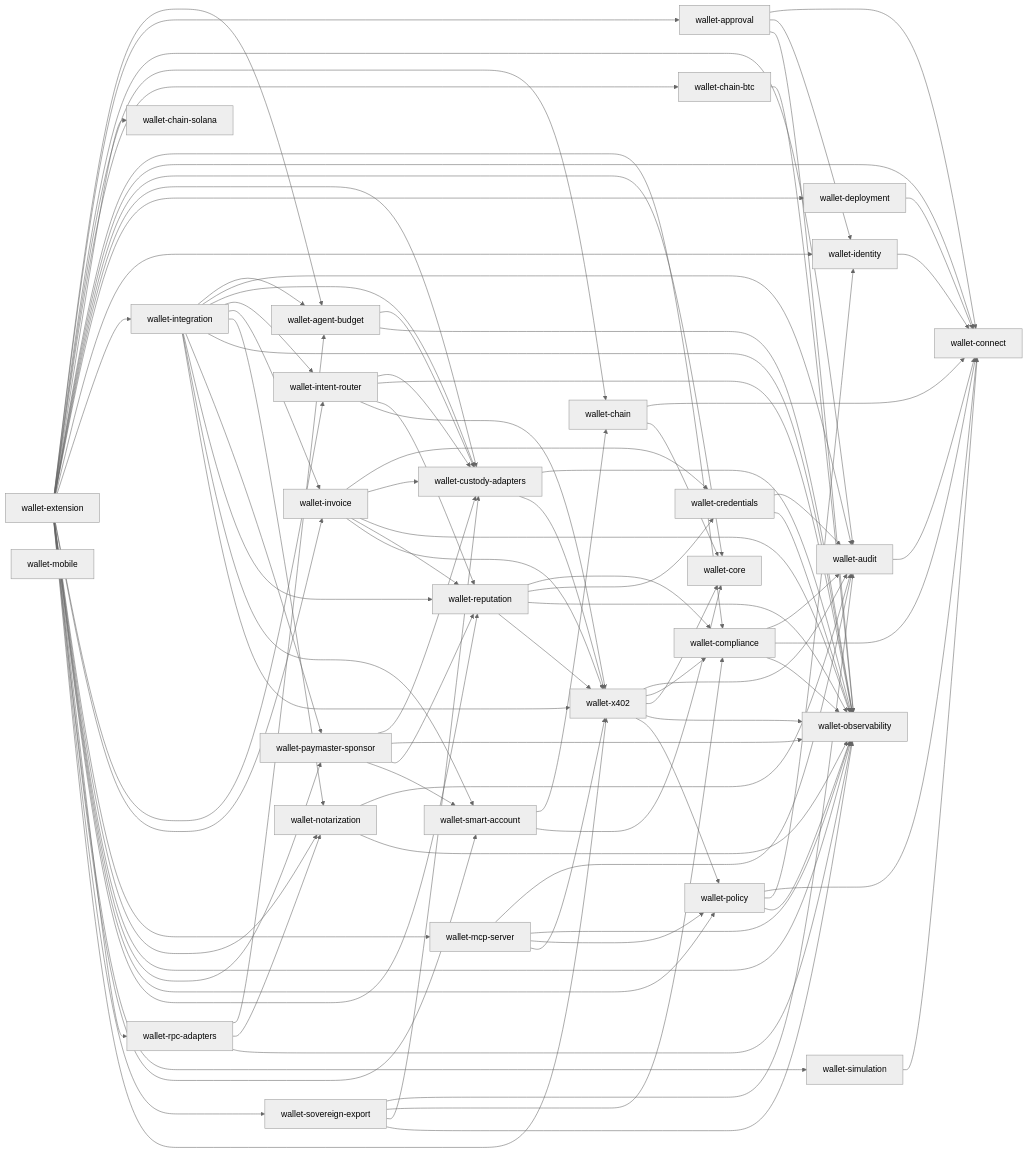
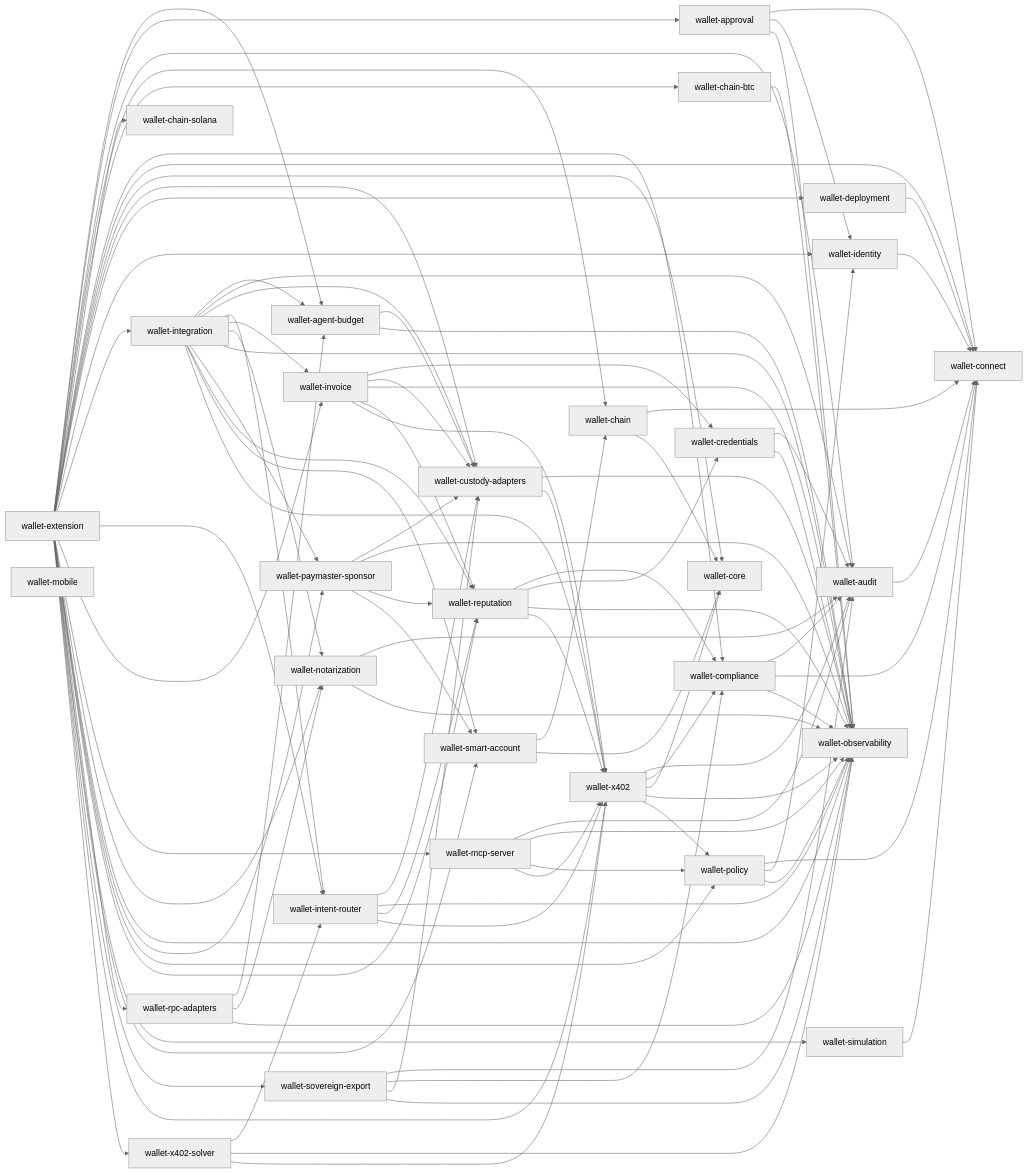
The diagram in reports/workspace-deps.mmd (aethelred-foundation/wallet), drawn with Mermaid (neutral theme) before and after one commit. The commit also changed 11 other files, not shown here.

First line of the commit message:
feat(x402-solver): concrete intent-router solver backed by x402Fetch (#72)

```diff
--- a/reports/workspace-deps.mmd
+++ b/reports/workspace-deps.mmd
@@ -1,102 +1,106 @@
 flowchart LR
   wallet-agent-budget --> wallet-custody-adapters
   wallet-agent-budget --> wallet-observability
   wallet-approval --> wallet-connect
   wallet-approval --> wallet-identity
   wallet-approval --> wallet-observability
   wallet-audit --> wallet-connect
   wallet-chain --> wallet-connect
   wallet-chain --> wallet-core
   wallet-chain-btc --> wallet-observability
   wallet-chain-solana
   wallet-compliance --> wallet-audit
   wallet-compliance --> wallet-connect
   wallet-compliance --> wallet-observability
   wallet-connect
   wallet-core
   wallet-credentials --> wallet-audit
   wallet-credentials --> wallet-observability
   wallet-custody-adapters --> wallet-observability
   wallet-custody-adapters --> wallet-x402
   wallet-deployment --> wallet-connect
   wallet-extension --> wallet-agent-budget
   wallet-extension --> wallet-approval
   wallet-extension --> wallet-audit
   wallet-extension --> wallet-chain
   wallet-extension --> wallet-chain-btc
   wallet-extension --> wallet-chain-solana
   wallet-extension --> wallet-compliance
   wallet-extension --> wallet-connect
   wallet-extension --> wallet-core
   wallet-extension --> wallet-custody-adapters
   wallet-extension --> wallet-deployment
   wallet-extension --> wallet-identity
   wallet-extension --> wallet-integration
   wallet-extension --> wallet-intent-router
   wallet-extension --> wallet-invoice
   wallet-extension --> wallet-mcp-server
   wallet-extension --> wallet-notarization
   wallet-extension --> wallet-observability
   wallet-extension --> wallet-paymaster-sponsor
   wallet-extension --> wallet-policy
   wallet-extension --> wallet-reputation
   wallet-extension --> wallet-rpc-adapters
   wallet-extension --> wallet-simulation
   wallet-extension --> wallet-smart-account
   wallet-extension --> wallet-sovereign-export
   wallet-extension --> wallet-x402
+  wallet-extension --> wallet-x402-solver
   wallet-identity --> wallet-connect
   wallet-integration --> wallet-agent-budget
   wallet-integration --> wallet-audit
   wallet-integration --> wallet-custody-adapters
   wallet-integration --> wallet-intent-router
   wallet-integration --> wallet-invoice
   wallet-integration --> wallet-notarization
   wallet-integration --> wallet-observability
   wallet-integration --> wallet-paymaster-sponsor
   wallet-integration --> wallet-reputation
   wallet-integration --> wallet-smart-account
   wallet-integration --> wallet-x402
   wallet-intent-router --> wallet-custody-adapters
   wallet-intent-router --> wallet-observability
   wallet-intent-router --> wallet-reputation
   wallet-intent-router --> wallet-x402
   wallet-invoice --> wallet-credentials
   wallet-invoice --> wallet-custody-adapters
   wallet-invoice --> wallet-observability
   wallet-invoice --> wallet-reputation
   wallet-invoice --> wallet-x402
   wallet-mcp-server --> wallet-audit
   wallet-mcp-server --> wallet-observability
   wallet-mcp-server --> wallet-policy
   wallet-mcp-server --> wallet-x402
   wallet-mobile
   wallet-notarization --> wallet-audit
   wallet-notarization --> wallet-observability
   wallet-observability
   wallet-paymaster-sponsor --> wallet-custody-adapters
   wallet-paymaster-sponsor --> wallet-observability
   wallet-paymaster-sponsor --> wallet-reputation
   wallet-paymaster-sponsor --> wallet-smart-account
   wallet-policy --> wallet-connect
   wallet-policy --> wallet-identity
   wallet-policy --> wallet-observability
   wallet-reputation --> wallet-compliance
   wallet-reputation --> wallet-credentials
   wallet-reputation --> wallet-observability
   wallet-reputation --> wallet-x402
   wallet-rpc-adapters --> wallet-agent-budget
   wallet-rpc-adapters --> wallet-notarization
   wallet-rpc-adapters --> wallet-observability
   wallet-simulation --> wallet-connect
   wallet-smart-account --> wallet-chain
   wallet-smart-account --> wallet-core
   wallet-sovereign-export --> wallet-audit
   wallet-sovereign-export --> wallet-compliance
   wallet-sovereign-export --> wallet-custody-adapters
   wallet-sovereign-export --> wallet-observability
   wallet-x402 --> wallet-audit
   wallet-x402 --> wallet-compliance
   wallet-x402 --> wallet-core
   wallet-x402 --> wallet-observability
   wallet-x402 --> wallet-policy
+  wallet-x402-solver --> wallet-intent-router
+  wallet-x402-solver --> wallet-observability
+  wallet-x402-solver --> wallet-x402
```
